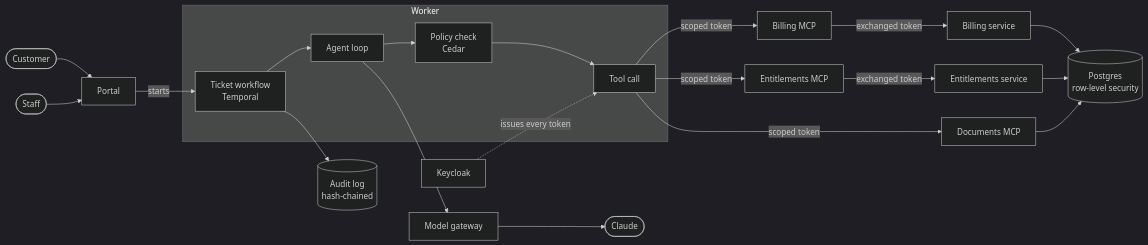
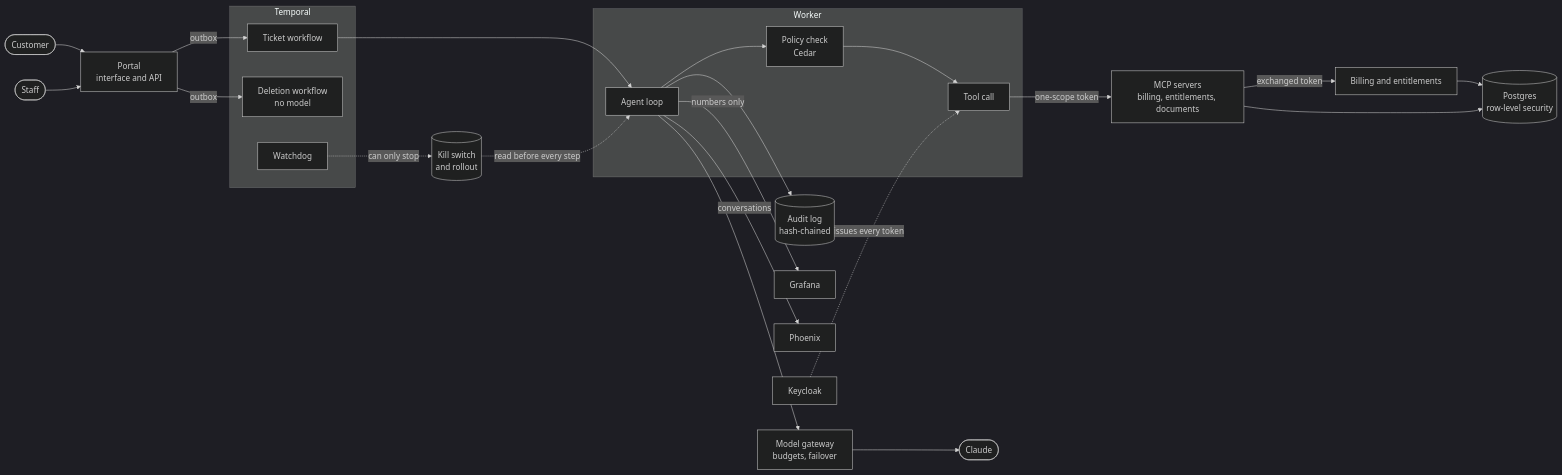
Before and after one commit to devjoinedthechat/proofdesk: the diagram in README.md, drawn with Mermaid (dark theme). The commit also changed other lines of this file and 36 other files, not shown here.

````diff
--- a/README.md
+++ b/README.md
@@ -7,25 +7,31 @@
 ```mermaid
 flowchart LR
-  customer([Customer]) --> portal[Portal]
+  customer([Customer]) --> portal
   staff([Staff]) --> portal
-  portal -- starts --> workflow
+  portal[Portal<br/>interface and API] -- outbox --> ticket
+  portal -- outbox --> deletion
+
+  subgraph engine [Temporal]
+    ticket[Ticket workflow]
+    deletion[Deletion workflow<br/>no model]
+    watchdog[Watchdog]
+  end
 
   subgraph worker [Worker]
-    workflow[Ticket workflow<br/>Temporal] --> loop[Agent loop]
-    loop --> policy[Policy check<br/>Cedar]
-    policy --> tools[Tool call]
+    loop[Agent loop] --> policy[Policy check<br/>Cedar] --> tools[Tool call]
   end
 
-  loop --> gateway[Model gateway] --> model([Claude])
-  tools -- scoped token --> billingMcp[Billing MCP]
-  tools -- scoped token --> entitlementsMcp[Entitlements MCP]
-  tools -- scoped token --> documentsMcp[Documents MCP]
-  billingMcp -- exchanged token --> billing[Billing service]
-  entitlementsMcp -- exchanged token --> entitlements[Entitlements service]
+  ticket --> loop
+  loop --> gateway[Model gateway<br/>budgets, failover] --> model([Claude])
+  tools -- one-scope token --> mcp[MCP servers<br/>billing, entitlements, documents]
+  mcp -- exchanged token --> services[Billing and entitlements]
+  keycloak[Keycloak] -. issues every token .-> tools
+  services --> db[(Postgres<br/>row-level security)]
+  mcp --> db
 
-  keycloak[Keycloak] -. issues every token .-> tools
-  billing --> db[(Postgres<br/>row-level security)]
-  entitlements --> db
-  documentsMcp --> db
-  workflow --> audit[(Audit log<br/>hash-chained)]
+  watchdog -. can only stop .-> controls[(Kill switch<br/>and rollout)]
+  controls -. read before every step .-> loop
+  loop --> audit[(Audit log<br/>hash-chained)]
+  loop -- numbers only --> grafana[Grafana]
+  loop -- conversations --> phoenix[Phoenix]
 ```
````
